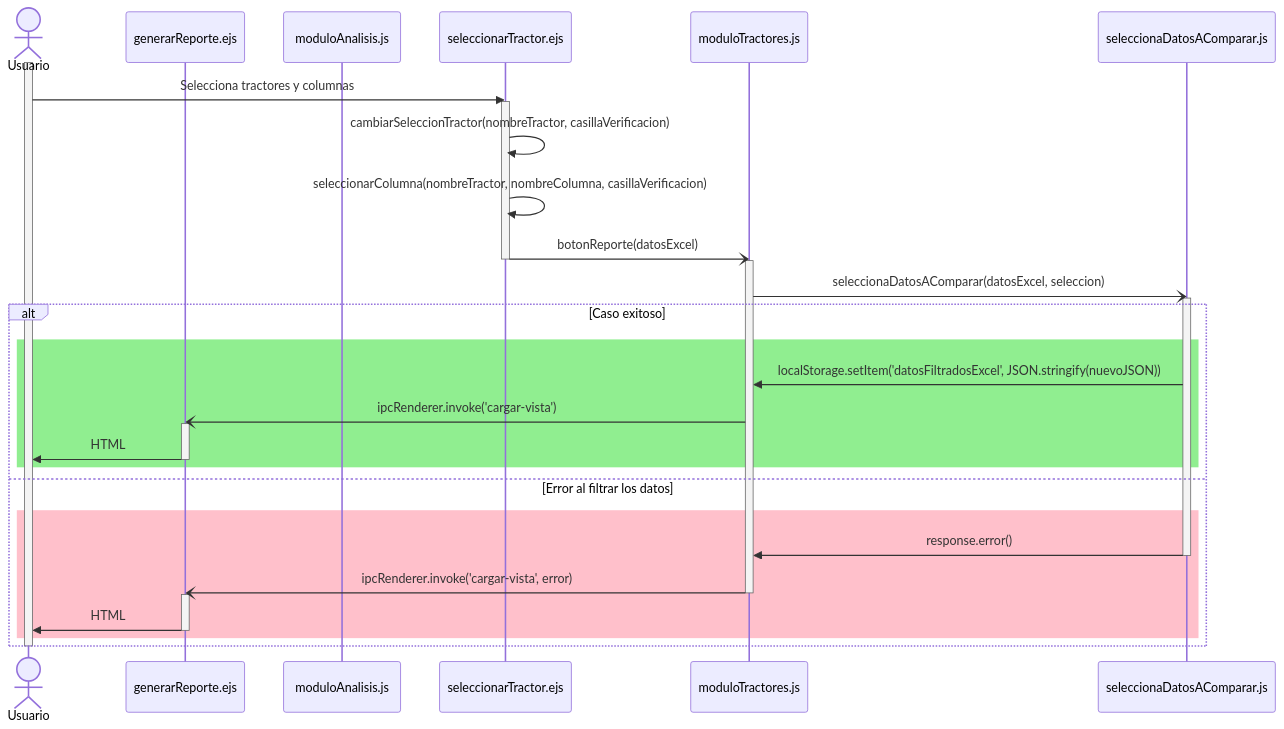
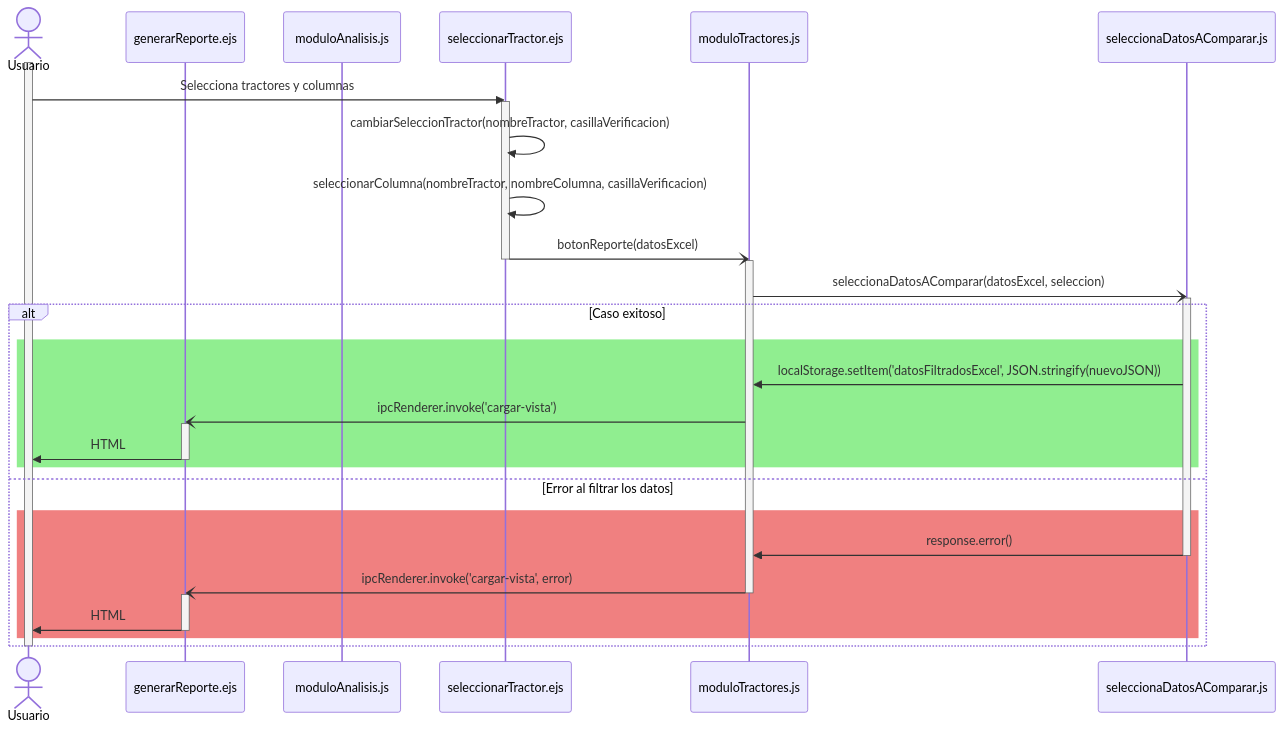
The diagram in documentation/docs/proyectos/tractores/documentacion/requisitos/RF14.md (CodeAnd-Co/Documentacion), drawn with Mermaid before and after one commit. The commit also changed 1 other file, not shown here.

Commit message:
Cambiar color de casos de error

````diff
--- a/documentation/docs/proyectos/tractores/documentacion/requisitos/RF14.md
+++ b/documentation/docs/proyectos/tractores/documentacion/requisitos/RF14.md
@@ -27,41 +27,41 @@
 ```mermaid
 sequenceDiagram
     actor Usuario
     participant vistaAnalisis as generarReporte.ejs
     participant utilAnalisis as moduloAnalisis.js
     participant vistaTractores as seleccionarTractor.ejs
     participant moduloTractores as moduloTractores.js
     participant usecase as seleccionaDatosAComparar.js
 
     activate Usuario
     Usuario->>vistaTractores: Selecciona tractores y columnas
     activate vistaTractores
     vistaTractores->>vistaTractores: cambiarSeleccionTractor(nombreTractor, casillaVerificacion)
     vistaTractores->>vistaTractores: seleccionarColumna(nombreTractor, nombreColumna, casillaVerificacion)
     vistaTractores-)moduloTractores: botonReporte(datosExcel)
     deactivate vistaTractores
     activate moduloTractores
     moduloTractores-)usecase: seleccionaDatosAComparar(datosExcel, seleccion)
     activate usecase
     alt Caso exitoso
       rect Lightgreen    
       usecase->>moduloTractores: localStorage.setItem('datosFiltradosExcel', JSON.stringify(nuevoJSON));
       moduloTractores-)vistaAnalisis: ipcRenderer.invoke('cargar-vista');
       activate vistaAnalisis
       vistaAnalisis->>Usuario: HTML
       deactivate vistaAnalisis
       end
     else Error al filtrar los datos
-      rect Pink
+      rect Lightcoral
       usecase->>moduloTractores: response.error()
       deactivate usecase
       moduloTractores-)vistaAnalisis: ipcRenderer.invoke('cargar-vista', error);
       deactivate moduloTractores
       activate vistaAnalisis
       vistaAnalisis->>Usuario: HTML
       deactivate vistaAnalisis
       end
     end
     deactivate Usuario
     
 ```
````
